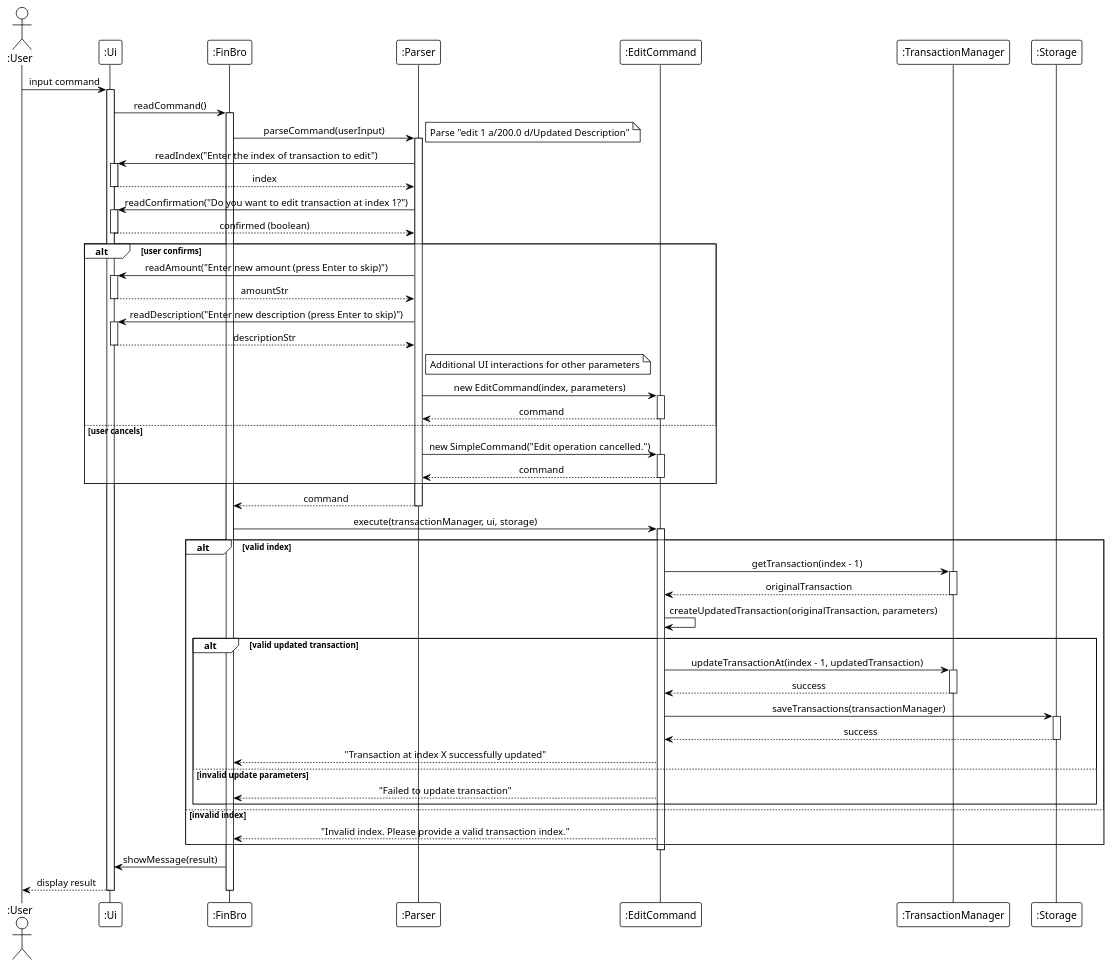
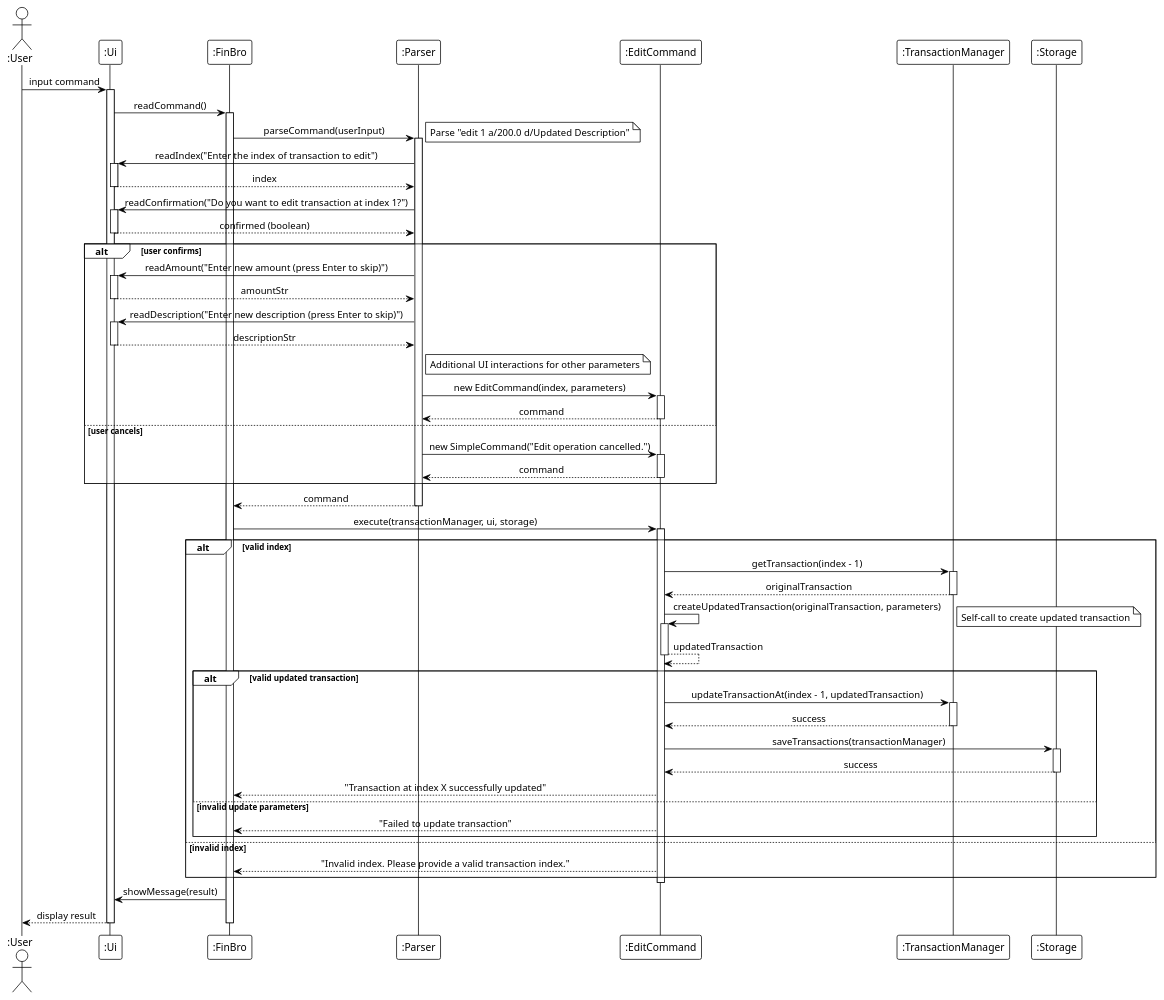
Before and after one commit to laitcanard05/tp: diagram 20 of 20 in docs/DeveloperGuide.md, drawn with PlantUML. The commit also changed other lines of this file, not shown here.

Commit message:
Fix self-call issues

```diff
--- a/docs/DeveloperGuide.md
+++ b/docs/DeveloperGuide.md
@@ -1770,6 +1808,10 @@
     deactivate TransactionMgr
 
     EditCommand -> EditCommand : createUpdatedTransaction(originalTransaction, parameters)
+    activate EditCommand
+    note right: Self-call to create updated transaction
+    EditCommand --> EditCommand : updatedTransaction
+    deactivate EditCommand
 
     alt valid updated transaction
         EditCommand -> TransactionMgr : updateTransactionAt(index - 1, updatedTransaction)
```
